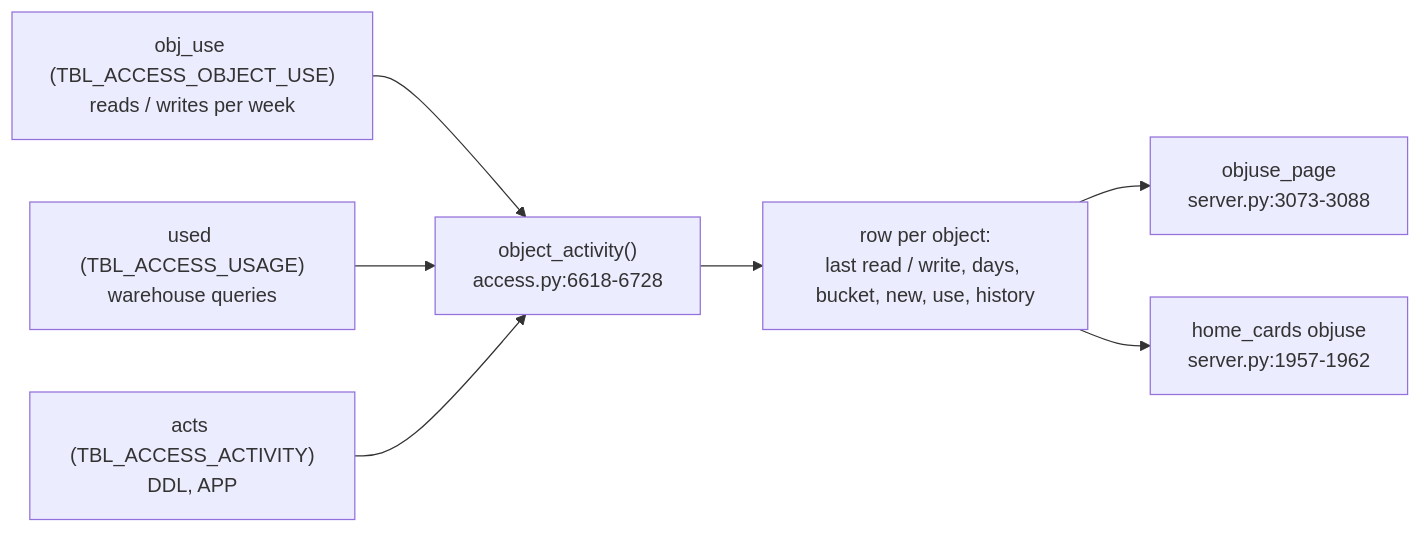
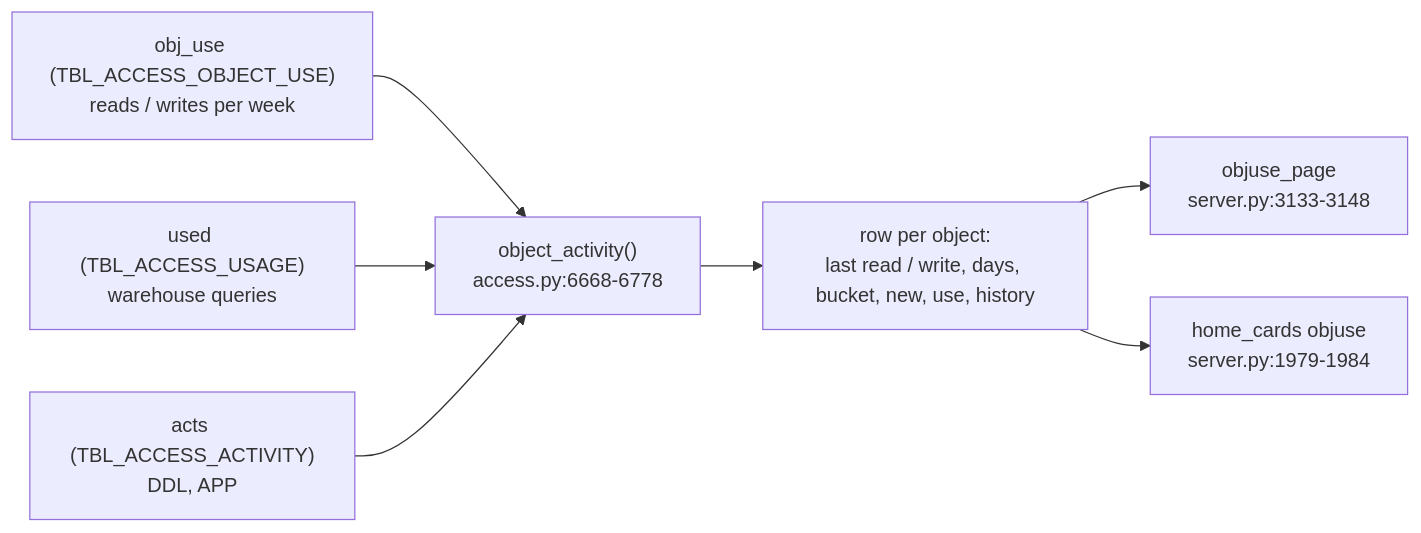
One commit to darshanmeel/snowflake-access-explorer changed the diagram in snowflake-access-explorer-knowledge-graph/logic/object-activity.md. Above: the diagram before and after it, drawn with Mermaid. The commit also changed other lines of this file and 90 other files, not shown here.

Commit message:
Knowledge graph: up to date with the left-nav sections, Can they?, Compare, What if and risk tables

````diff
--- a/snowflake-access-explorer-knowledge-graph/logic/object-activity.md
+++ b/snowflake-access-explorer-knowledge-graph/logic/object-activity.md
@@ -6,9 +6,9 @@
 ```mermaid
 flowchart LR
-  OU["obj_use (TBL_ACCESS_OBJECT_USE)<br/>reads / writes per week"] --> OA["object_activity()<br/>access.py:6618-6728"]
+  OU["obj_use (TBL_ACCESS_OBJECT_USE)<br/>reads / writes per week"] --> OA["object_activity()<br/>access.py:6668-6778"]
   US["used (TBL_ACCESS_USAGE)<br/>warehouse queries"] --> OA
   AC["acts (TBL_ACCESS_ACTIVITY)<br/>DDL, APP"] --> OA
   OA --> ROWS["row per object:<br/>last read / write, days, bucket, new, use, history"]
-  ROWS --> PG["objuse_page<br/>server.py:3073-3088"]
-  ROWS --> HC["home_cards objuse<br/>server.py:1957-1962"]
+  ROWS --> PG["objuse_page<br/>server.py:3133-3148"]
+  ROWS --> HC["home_cards objuse<br/>server.py:1979-1984"]
 ```
````
